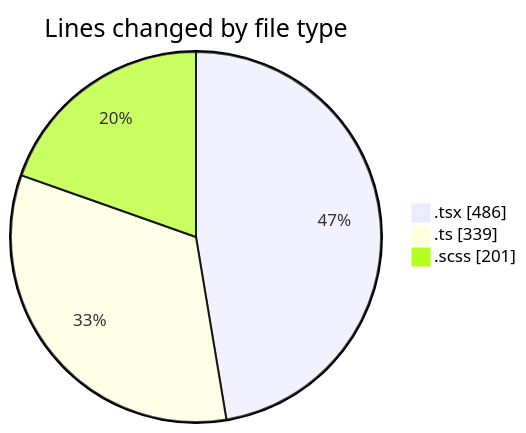
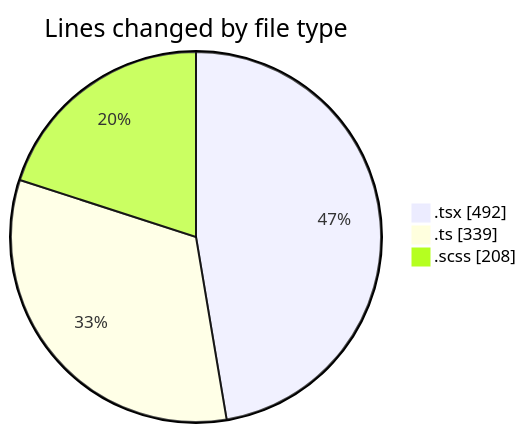
Before and after one commit to momahboobian/code-tracking: the first of 2 diagrams in 2025-07-08/cda/README.md, drawn with Mermaid. The commit also changed other lines of this file and 1 other file, not shown here.

````diff
--- a/2025-07-08/cda/README.md
+++ b/2025-07-08/cda/README.md
@@ -28,7 +28,7 @@
 ```mermaid
 pie showData
 title Lines changed by file type
-".tsx" : 486
+".tsx" : 492
 ".ts" : 339
-".scss" : 201
+".scss" : 208
 ```
````
